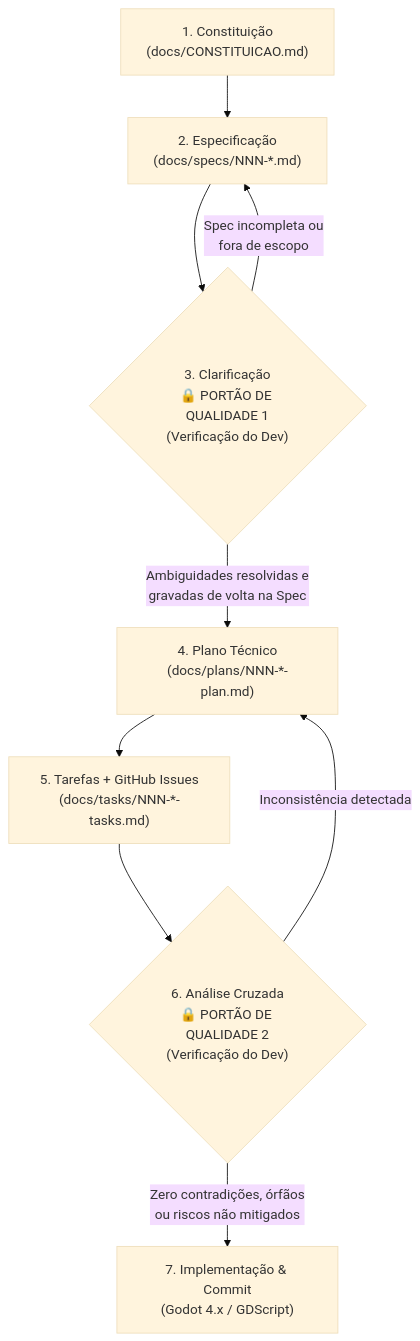
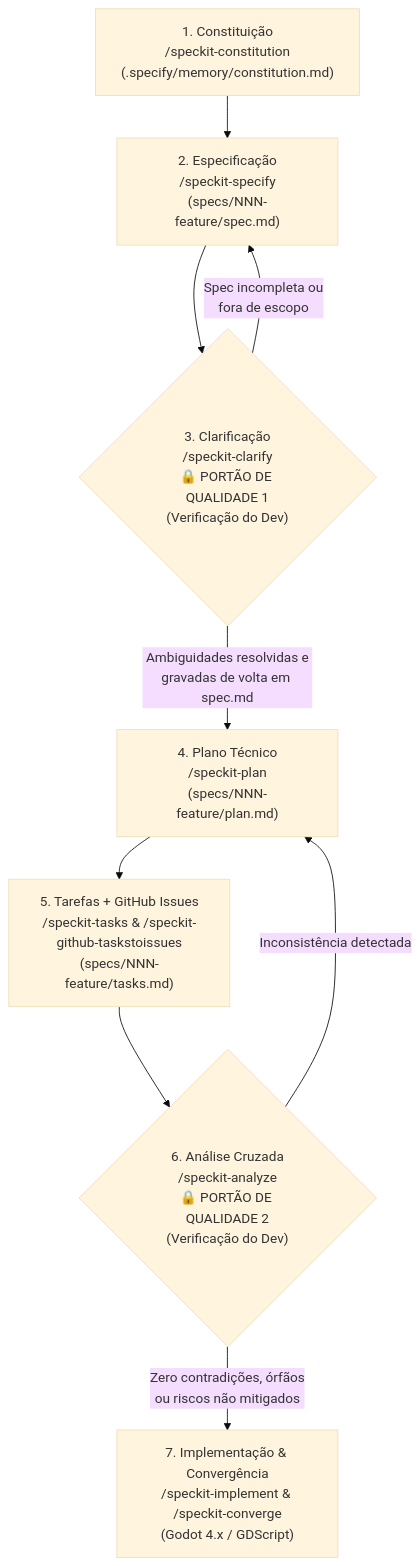
One commit to Varto-Kai/huntress changed the diagram in docs/SDD_WORKFLOW.md. Above: the diagram before and after it, drawn with Mermaid (base theme). The commit also changed other lines of this file and 66 other files, not shown here.

Commit message:
chore(sdd): implementa github/spec-kit nativo para Antigravity (agy) com overrides Godot 4.x

````diff
--- a/docs/SDD_WORKFLOW.md
+++ b/docs/SDD_WORKFLOW.md
@@ -13,11 +14,11 @@
 ```mermaid
 flowchart TD
-    E1["1. Constituição<br/>(docs/CONSTITUICAO.md)"] --> E2["2. Especificação<br/>(docs/specs/NNN-*.md)"]
-    E2 --> E3{"3. Clarificação<br/>🔒 PORTÃO DE QUALIDADE 1<br/>(Verificação do Dev)"}
-    E3 -- "Ambiguidades resolvidas e<br/>gravadas de volta na Spec" --> E4["4. Plano Técnico<br/>(docs/plans/NNN-*-plan.md)"]
+    E1["1. Constituição<br/>/speckit-constitution<br/>(.specify/memory/constitution.md)"] --> E2["2. Especificação<br/>/speckit-specify<br/>(specs/NNN-feature/spec.md)"]
+    E2 --> E3{"3. Clarificação<br/>/speckit-clarify<br/>🔒 PORTÃO DE QUALIDADE 1<br/>(Verificação do Dev)"}
+    E3 -- "Ambiguidades resolvidas e<br/>gravadas de volta em spec.md" --> E4["4. Plano Técnico<br/>/speckit-plan<br/>(specs/NNN-feature/plan.md)"]
     E3 -- "Spec incompleta ou<br/>fora de escopo" --> E2
-    E4 --> E5["5. Tarefas + GitHub Issues<br/>(docs/tasks/NNN-*-tasks.md)"]
-    E5 --> E6{"6. Análise Cruzada<br/>🔒 PORTÃO DE QUALIDADE 2<br/>(Verificação do Dev)"}
-    E6 -- "Zero contradições, órfãos<br/>ou riscos não mitigados" --> E7["7. Implementação & Commit<br/>(Godot 4.x / GDScript)"]
+    E4 --> E5["5. Tarefas + GitHub Issues<br/>/speckit-tasks & /speckit-github-taskstoissues<br/>(specs/NNN-feature/tasks.md)"]
+    E5 --> E6{"6. Análise Cruzada<br/>/speckit-analyze<br/>🔒 PORTÃO DE QUALIDADE 2<br/>(Verificação do Dev)"}
+    E6 -- "Zero contradições, órfãos<br/>ou riscos não mitigados" --> E7["7. Implementação & Convergência<br/>/speckit-implement & /speckit-converge<br/>(Godot 4.x / GDScript)"]
     E6 -- "Inconsistência detectada" --> E4
 ```
````
